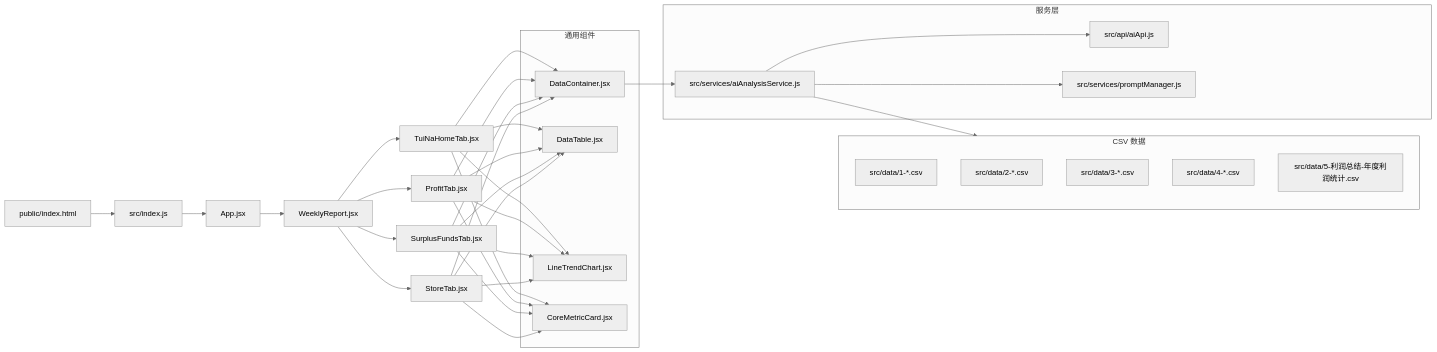
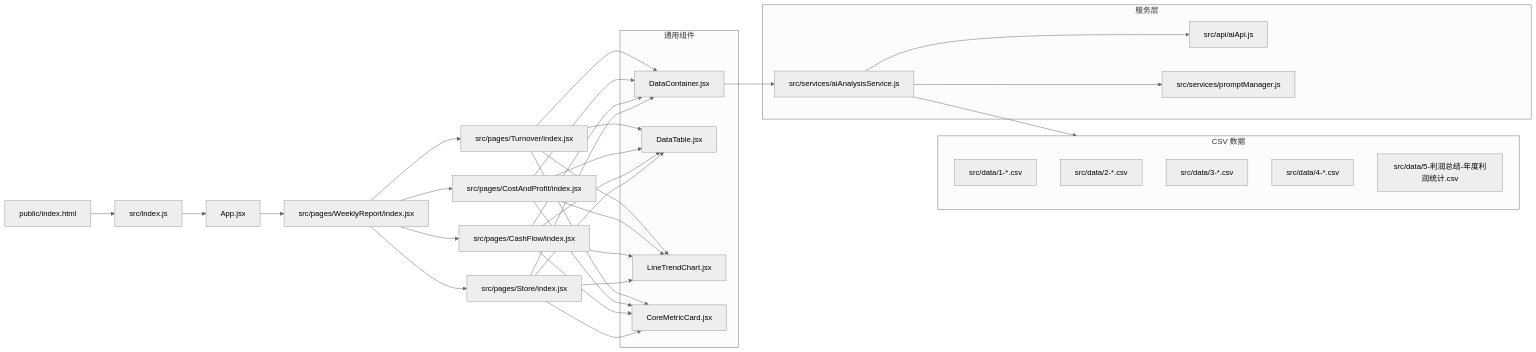
Before and after one commit to liuokai/Weekly-Report-for-CL: the diagram in README.md, drawn with Mermaid (neutral theme). The commit also changed other lines of this file and 21 other files, not shown here.

````diff
--- a/README.md
+++ b/README.md
@@ -8,33 +8,33 @@
 ```mermaid
 flowchart LR
     A[public/index.html] --> B[src/index.js]
     B --> C[App.jsx]
-    C --> D[WeeklyReport.jsx]
-    D --> D1[TuiNaHomeTab.jsx]
-    D --> D2[ProfitTab.jsx]
-    D --> D3[SurplusFundsTab.jsx]
-    D --> D4[StoreTab.jsx]
+    C --> D[src/pages/WeeklyReport/index.jsx]
+    D --> D1[src/pages/Turnover/index.jsx]
+    D --> D2[src/pages/CostAndProfit/index.jsx]
+    D --> D3[src/pages/CashFlow/index.jsx]
+    D --> D4[src/pages/Store/index.jsx]
     subgraph Data[CSV 数据]
       E1[src/data/1-*.csv]
       E2[src/data/2-*.csv]
       E3[src/data/3-*.csv]
       E4[src/data/4-*.csv]
       E5[src/data/5-利润总结-年度利润统计.csv]
     end
     subgraph Services[服务层]
       S1[src/services/aiAnalysisService.js]
       S2[src/api/aiApi.js]
       S3[src/services/promptManager.js]
     end
     subgraph Common[通用组件]
       U1[DataContainer.jsx]
       U2[DataTable.jsx]
       U3[LineTrendChart.jsx]
       U4[CoreMetricCard.jsx]
     end
     D1 & D2 & D3 & D4 --> U1 & U2 & U3 & U4
     U1 --> S1
     S1 --> S2
     S1 --> S3
     S1 --> Data
 ```
````
